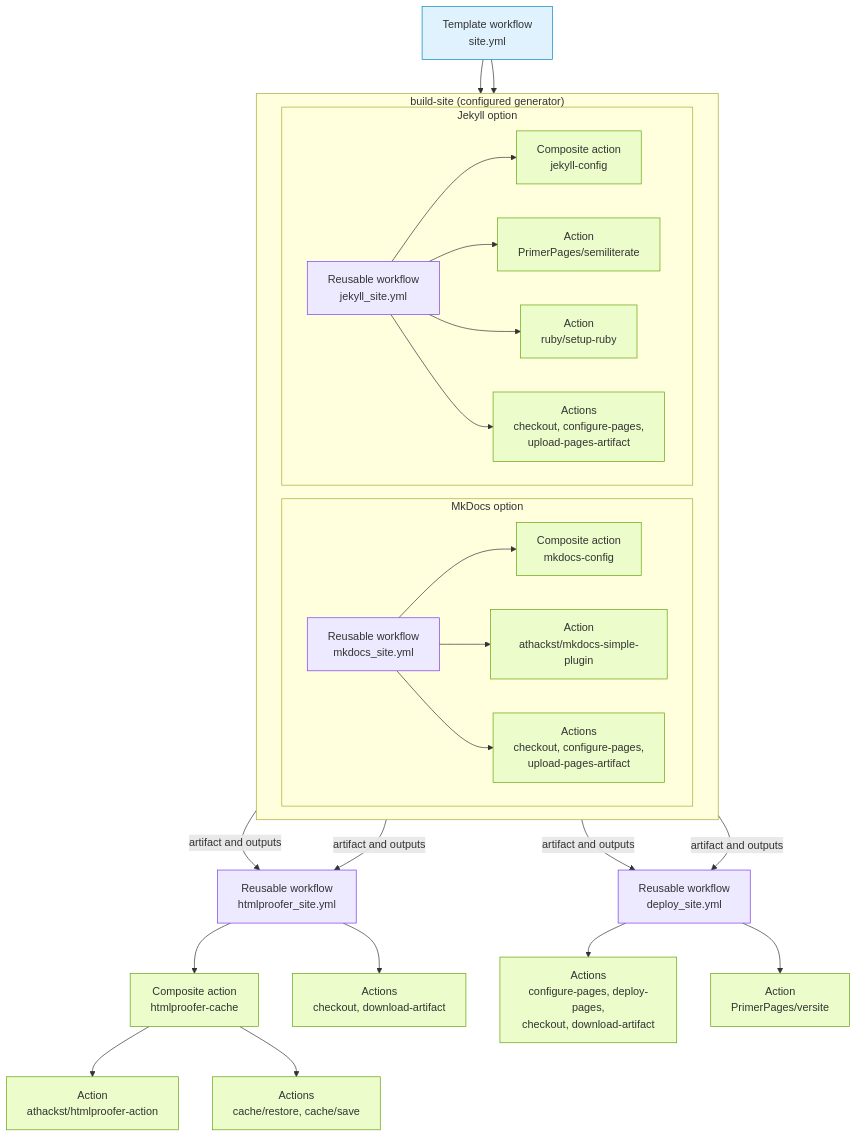
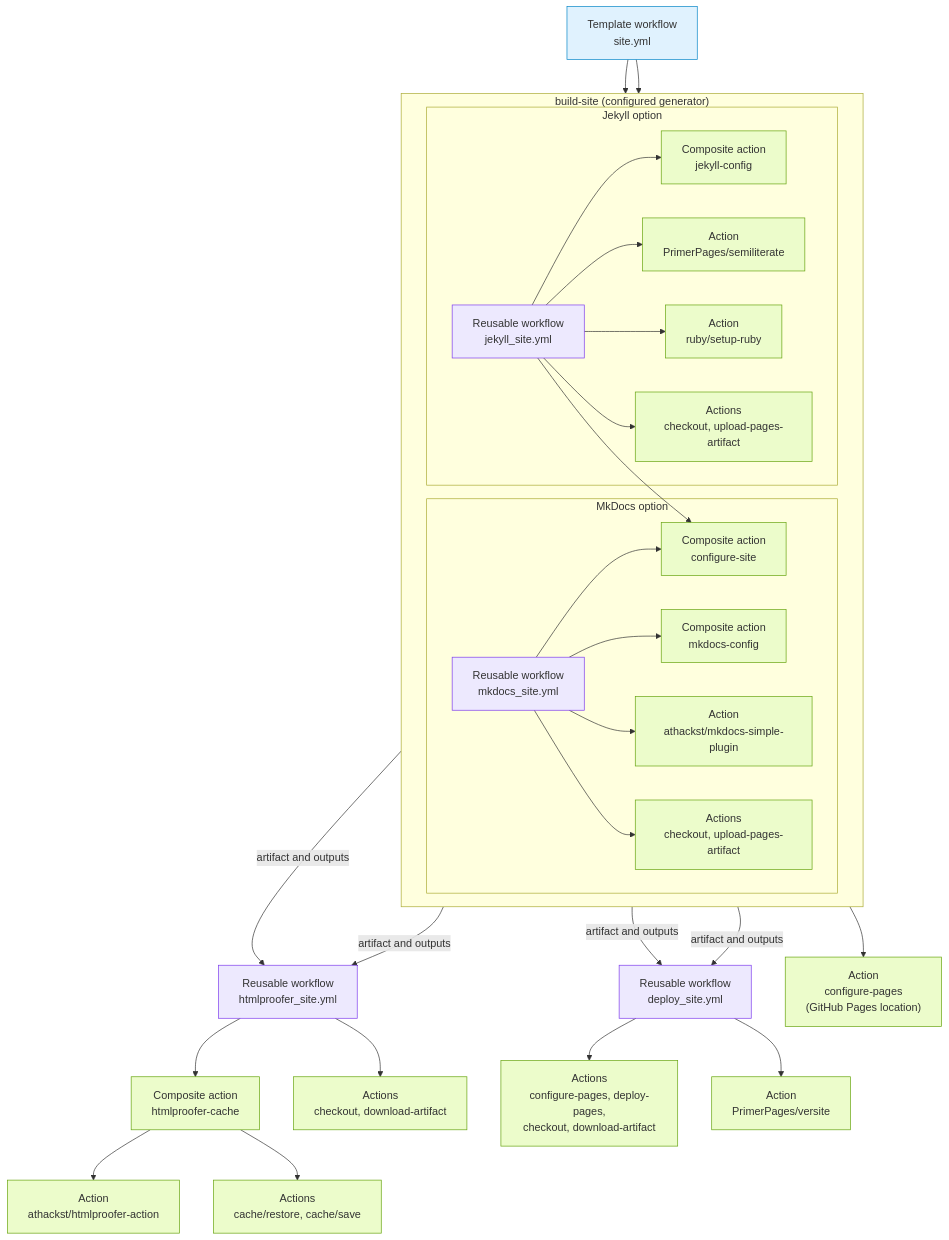
One commit to athackst/ci changed the diagram in copier/site.md. Above: the diagram before and after it, drawn with Mermaid. The commit also changed other lines of this file and 7 other files, not shown here.

Commit message:
Add configurable site location handling (#323)

````diff
--- a/copier/site.md
+++ b/copier/site.md
@@ -39,45 +39,48 @@
 ```mermaid
 flowchart TD
     template["Template workflow<br/>site.yml"]
 
     subgraph build_site["build-site (configured generator)"]
         direction LR
 
         subgraph mkdocs_option["MkDocs option"]
             mkdocs["Reusable workflow<br/>mkdocs_site.yml"]
+            mkdocs --> site_config["Composite action<br/>configure-site"]
             mkdocs --> mkdocs_config["Composite action<br/>mkdocs-config"]
             mkdocs --> mkdocs_plugin["Action<br/>athackst/mkdocs-simple-plugin"]
-            mkdocs --> pages_build["Actions<br/>checkout, configure-pages,<br/>upload-pages-artifact"]
+            mkdocs --> pages_build["Actions<br/>checkout, upload-pages-artifact"]
         end
 
         subgraph jekyll_option["Jekyll option"]
             jekyll["Reusable workflow<br/>jekyll_site.yml"]
+            jekyll --> site_config
             jekyll --> jekyll_config["Composite action<br/>jekyll-config"]
             jekyll --> semiliterate["Action<br/>PrimerPages/semiliterate"]
             jekyll --> ruby["Action<br/>ruby/setup-ruby"]
-            jekyll --> pages_jekyll["Actions<br/>checkout, configure-pages,<br/>upload-pages-artifact"]
+            jekyll --> pages_jekyll["Actions<br/>checkout, upload-pages-artifact"]
         end
     end
 
     template --> mkdocs
     template --> jekyll
     mkdocs -->|artifact and outputs| test["Reusable workflow<br/>htmlproofer_site.yml"]
     jekyll -->|artifact and outputs| test
     mkdocs -->|artifact and outputs| deploy["Reusable workflow<br/>deploy_site.yml"]
     jekyll -->|artifact and outputs| deploy
 
     test --> cache["Composite action<br/>htmlproofer-cache"]
     test --> test_artifact["Actions<br/>checkout, download-artifact"]
     cache --> htmlproofer["Action<br/>athackst/htmlproofer-action"]
     cache --> cache_actions["Actions<br/>cache/restore, cache/save"]
+    site_config --> configure_pages["Action<br/>configure-pages<br/>(GitHub Pages location)"]
 
     deploy --> pages_deploy["Actions<br/>configure-pages, deploy-pages,<br/>checkout, download-artifact"]
     deploy --> versite["Action<br/>PrimerPages/versite"]
 
     classDef template fill:#e0f2fe,stroke:#0284c7
     classDef workflow fill:#ede9fe,stroke:#7c3aed
     classDef action fill:#ecfccb,stroke:#65a30d
     class template template
     class mkdocs,jekyll,test,deploy workflow
-    class mkdocs_config,mkdocs_plugin,pages_build,jekyll_config,semiliterate,ruby,pages_jekyll,cache,test_artifact,htmlproofer,cache_actions,pages_deploy,versite action
+    class site_config,configure_pages,mkdocs_config,mkdocs_plugin,pages_build,jekyll_config,semiliterate,ruby,pages_jekyll,cache,test_artifact,htmlproofer,cache_actions,pages_deploy,versite action
 ```
````
